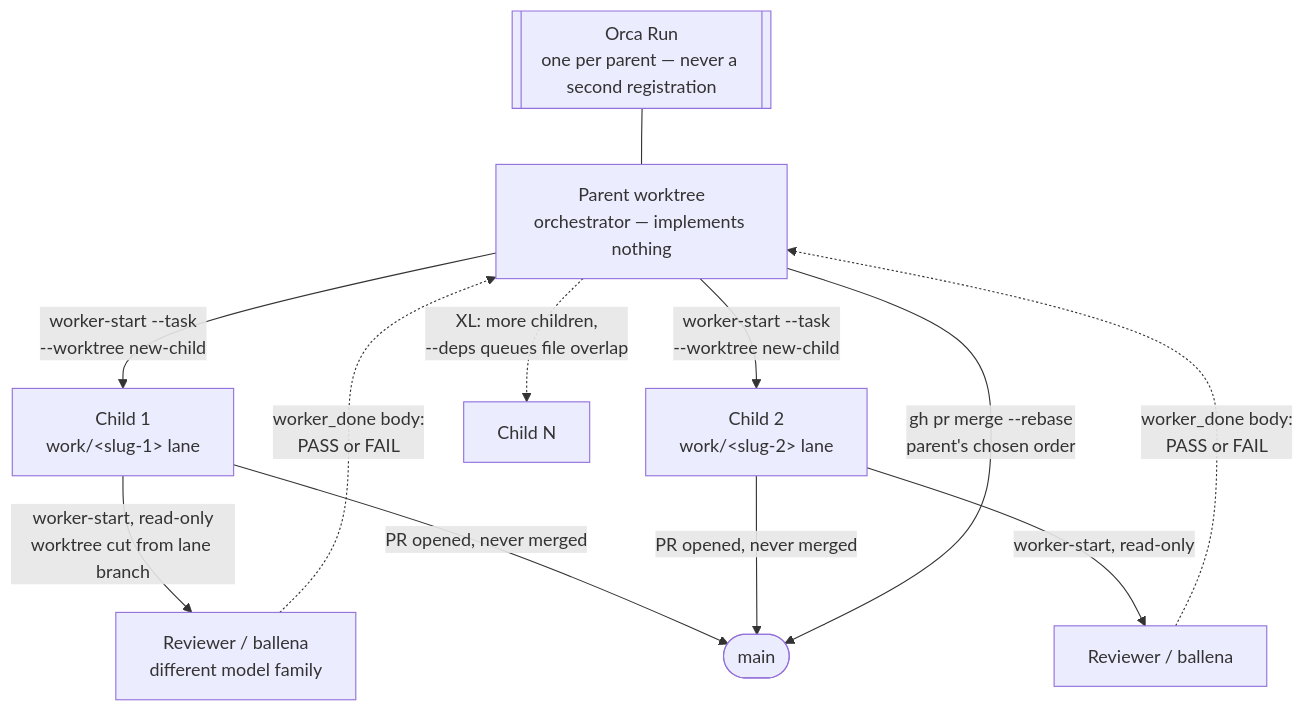
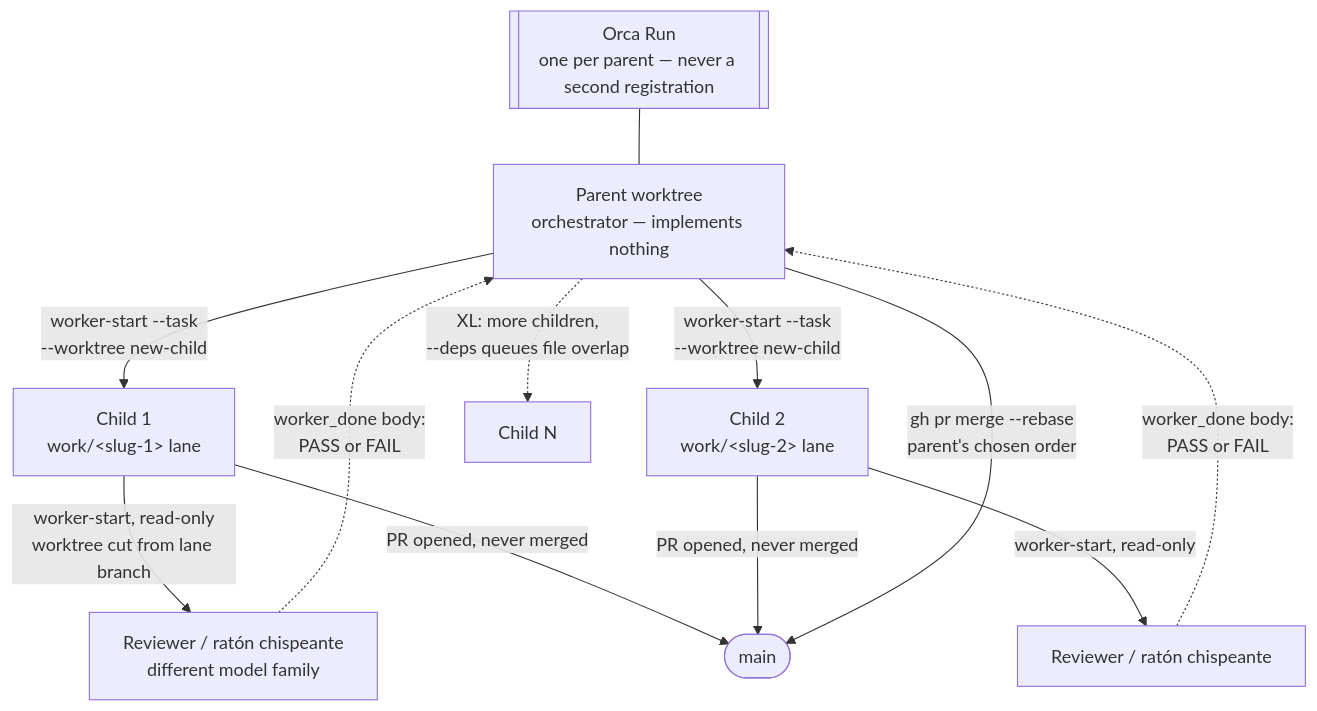
The second of 4 diagrams in docs/how-it-works/execution.md (bygama/Agent-Engineering), drawn with Mermaid before and after one commit. The commit also changed other lines of this file and 4 other files, not shown here.

````diff
--- a/docs/how-it-works/execution.md
+++ b/docs/how-it-works/execution.md
@@ -178,14 +178,14 @@
 ```mermaid
 flowchart TB
     RUN[["Orca Run<br/>one per parent — never a second registration"]] --- P["Parent worktree<br/>orchestrator — implements nothing"]
     P -->|worker-start --task<br/>--worktree new-child| C1["Child 1<br/>work/&lt;slug-1&gt; lane"]
     P -->|worker-start --task<br/>--worktree new-child| C2["Child 2<br/>work/&lt;slug-2&gt; lane"]
     P -.->|XL: more children,<br/>--deps queues file overlap| C3["Child N"]
-    C1 -->|worker-start, read-only<br/>worktree cut from lane branch| B1["Reviewer / ballena<br/>different model family"]
-    C2 -->|worker-start, read-only| B2["Reviewer / ballena"]
+    C1 -->|worker-start, read-only<br/>worktree cut from lane branch| B1["Reviewer / ratón chispeante<br/>different model family"]
+    C2 -->|worker-start, read-only| B2["Reviewer / ratón chispeante"]
     B1 -.->|worker_done body:<br/>PASS or FAIL| P
     B2 -.->|worker_done body:<br/>PASS or FAIL| P
     C1 -->|PR opened, never merged| MAIN(["main"])
     C2 -->|PR opened, never merged| MAIN
     P -->|gh pr merge --rebase<br/>parent's chosen order| MAIN
 ```
````
